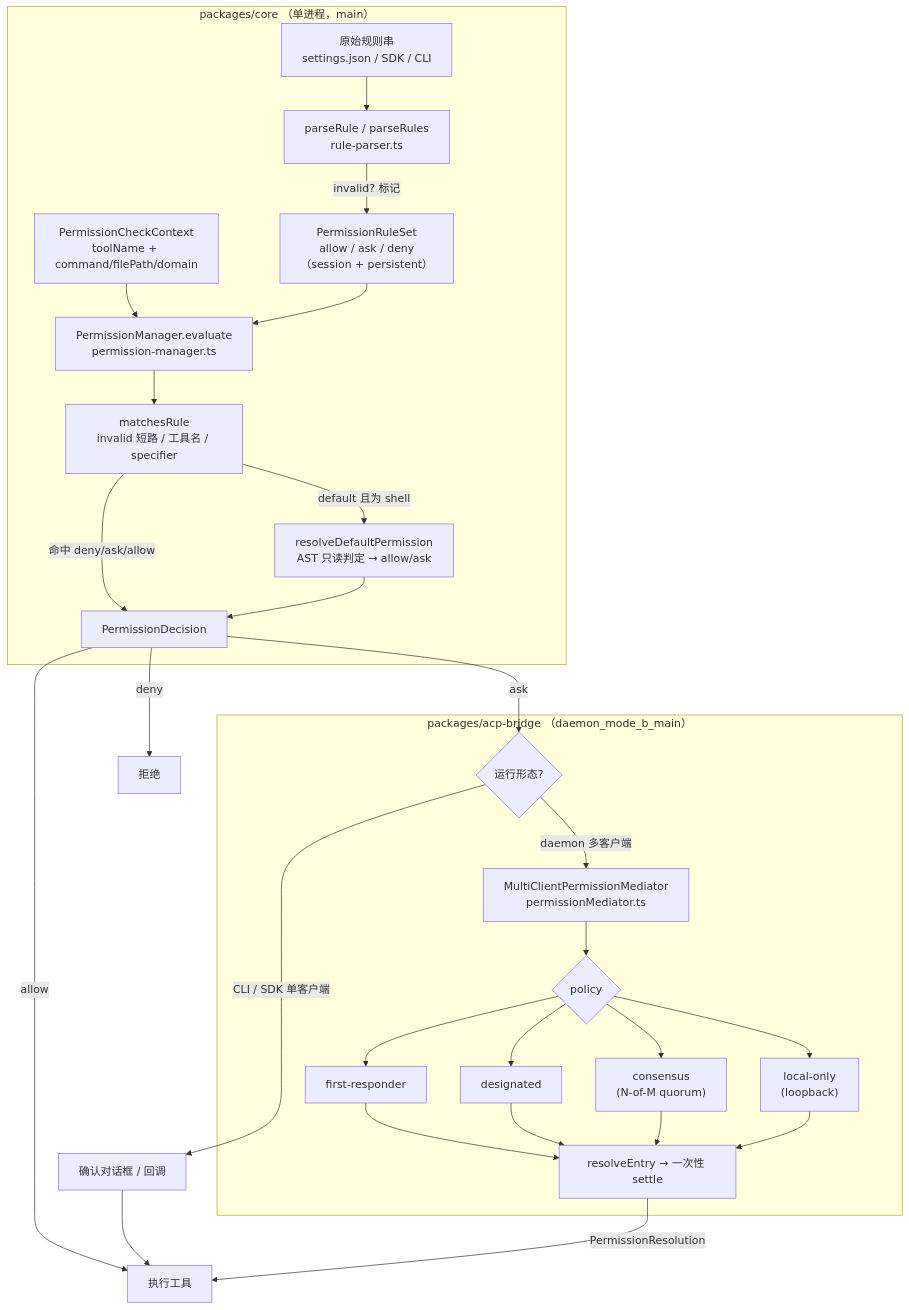
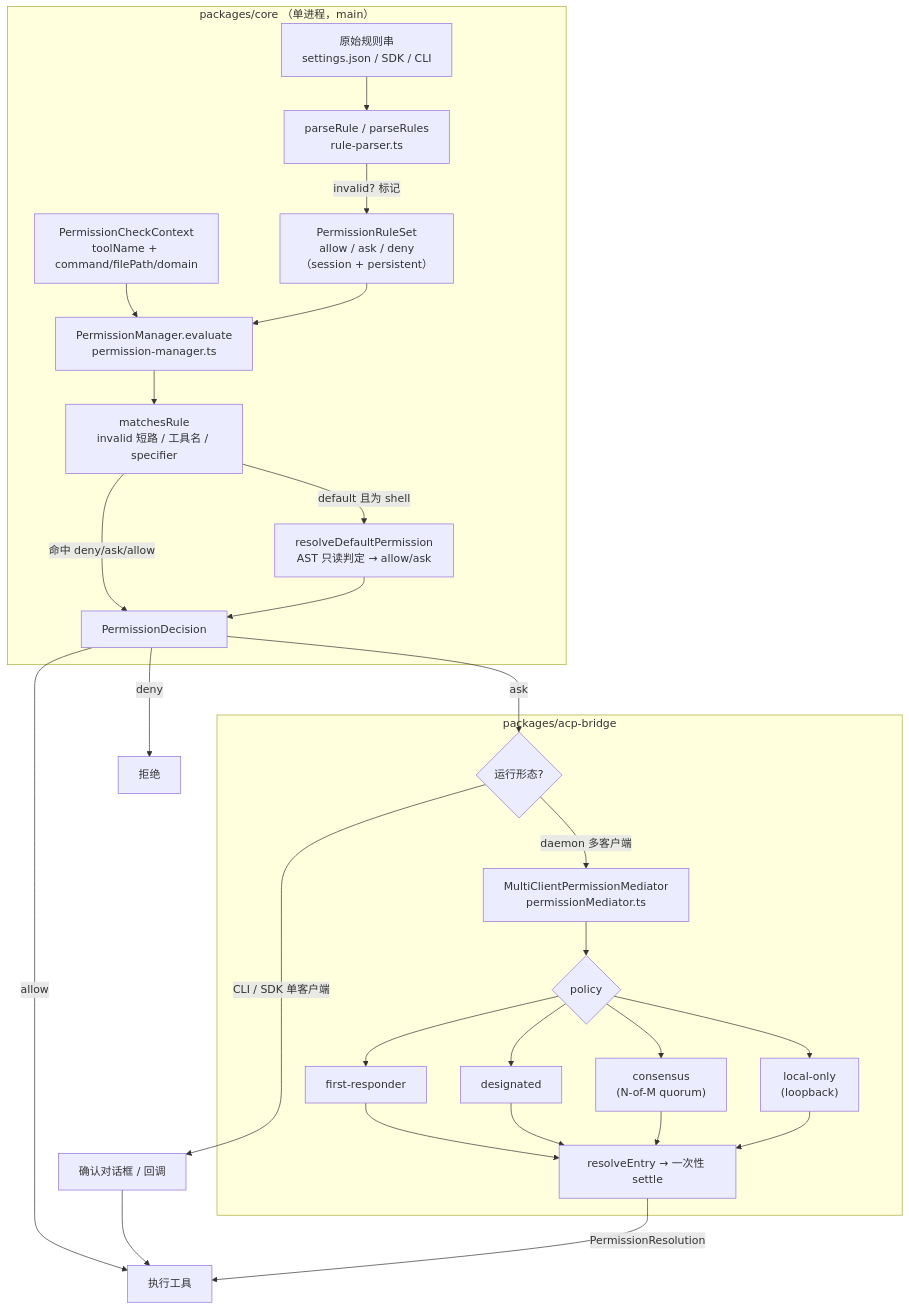
The first of 6 diagrams in qwen-code/feature/permission-system.md (doudouOUC/code_agent), drawn with Mermaid before and after one commit. The commit also changed other lines of this file and 28 other files, not shown here.

````diff
--- a/qwen-code/feature/permission-system.md
+++ b/qwen-code/feature/permission-system.md
@@ -50,35 +52,35 @@
 ```mermaid
 flowchart TD
     subgraph core["packages/core （单进程，main）"]
         RAW["原始规则串<br/>settings.json / SDK / CLI"] --> PARSE["parseRule / parseRules<br/>rule-parser.ts"]
         PARSE -->|"invalid? 标记"| RULES["PermissionRuleSet<br/>allow / ask / deny<br/>（session + persistent）"]
         CTX["PermissionCheckContext<br/>toolName + command/filePath/domain"] --> EVAL["PermissionManager.evaluate<br/>permission-manager.ts"]
         RULES --> EVAL
         EVAL --> MATCH["matchesRule<br/>invalid 短路 / 工具名 / specifier"]
         MATCH -->|"命中 deny/ask/allow"| DEC["PermissionDecision"]
         MATCH -->|"default 且为 shell"| DEFRES["resolveDefaultPermission<br/>AST 只读判定 → allow/ask"]
         DEFRES --> DEC
     end
 
     DEC -->|"allow"| RUN["执行工具"]
     DEC -->|"deny"| BLOCK["拒绝"]
     DEC -->|"ask"| ASK{"运行形态?"}
 
     ASK -->|"CLI / SDK 单客户端"| UI["确认对话框 / 回调"]
 
-    subgraph bridge["packages/acp-bridge （daemon_mode_b_main）"]
+    subgraph bridge["packages/acp-bridge"]
         ASK -->|"daemon 多客户端"| MED["MultiClientPermissionMediator<br/>permissionMediator.ts"]
         MED --> POL{"policy"}
         POL --> FR["first-responder"]
         POL --> DESIG["designated"]
         POL --> CONS["consensus<br/>(N-of-M quorum)"]
         POL --> LOCAL["local-only<br/>(loopback)"]
         FR --> SETTLE["resolveEntry → 一次性 settle"]
         DESIG --> SETTLE
         CONS --> SETTLE
         LOCAL --> SETTLE
     end
 
     UI --> RUN
     SETTLE -->|"PermissionResolution"| RUN
 ```
````
